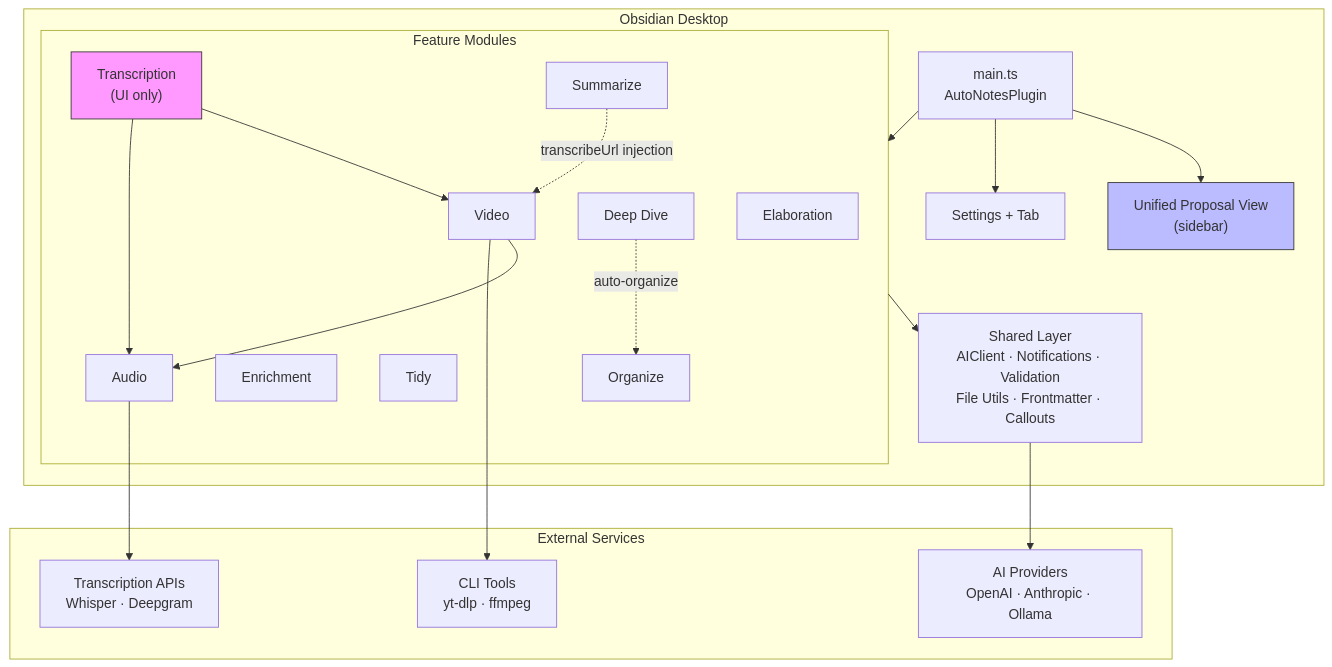
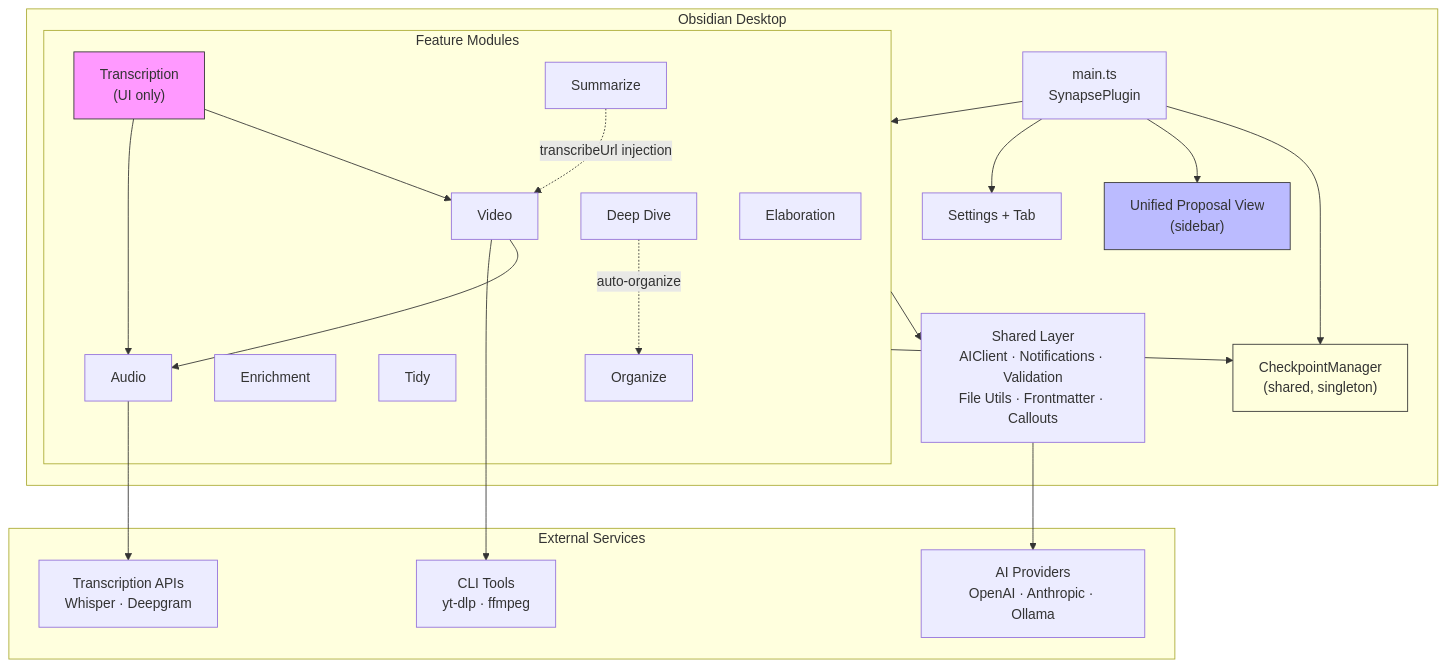
One commit to dustinkeeton/obsidian-synapse changed the first of 9 diagrams in ARCHITECTURE.md. Above: the diagram before and after it, drawn with Mermaid. The commit also changed other lines of this file and 104 other files, not shown here.

First line of the commit message:
feat: rebrand Auto Notes to Synapse (closes #124) (#127)

````diff
--- a/ARCHITECTURE.md
+++ b/ARCHITECTURE.md
@@ -9,44 +11,48 @@
 ```mermaid
 graph TB
     subgraph Obsidian["Obsidian Desktop"]
-        Main["main.ts<br/>AutoNotesPlugin"]
+        Main["main.ts<br/>SynapsePlugin"]
         Settings["Settings + Tab"]
         Sidebar["Unified Proposal View<br/>(sidebar)"]
+        CkptMgr["CheckpointManager<br/>(shared, singleton)"]
 
         subgraph Features["Feature Modules"]
             Elab["Elaboration"]
             Audio["Audio"]
             Video["Video"]
             Trans["Transcription<br/>(UI only)"]
             Enrich["Enrichment"]
             Summ["Summarize"]
             Tidy["Tidy"]
             Org["Organize"]
             DD["Deep Dive"]
         end
 
         Shared["Shared Layer<br/>AIClient · Notifications · Validation<br/>File Utils · Frontmatter · Callouts"]
     end
 
     subgraph External["External Services"]
         AI["AI Providers<br/>OpenAI · Anthropic · Ollama"]
         TransAPI["Transcription APIs<br/>Whisper · Deepgram"]
         Tools["CLI Tools<br/>yt-dlp · ffmpeg"]
     end
 
     Main --> Settings
     Main --> Sidebar
+    Main --> CkptMgr
     Main --> Features
     Features --> Shared
+    Features --> CkptMgr
     Shared --> AI
     Audio --> TransAPI
     Video --> Tools
     Video --> Audio
     Trans --> Audio
     Trans --> Video
     Summ -.->|transcribeUrl injection| Video
     DD -.->|auto-organize| Org
 
     style Trans fill:#f9f,stroke:#333
     style Sidebar fill:#bbf,stroke:#333
+    style CkptMgr fill:#ffd,stroke:#333
 ```
````
